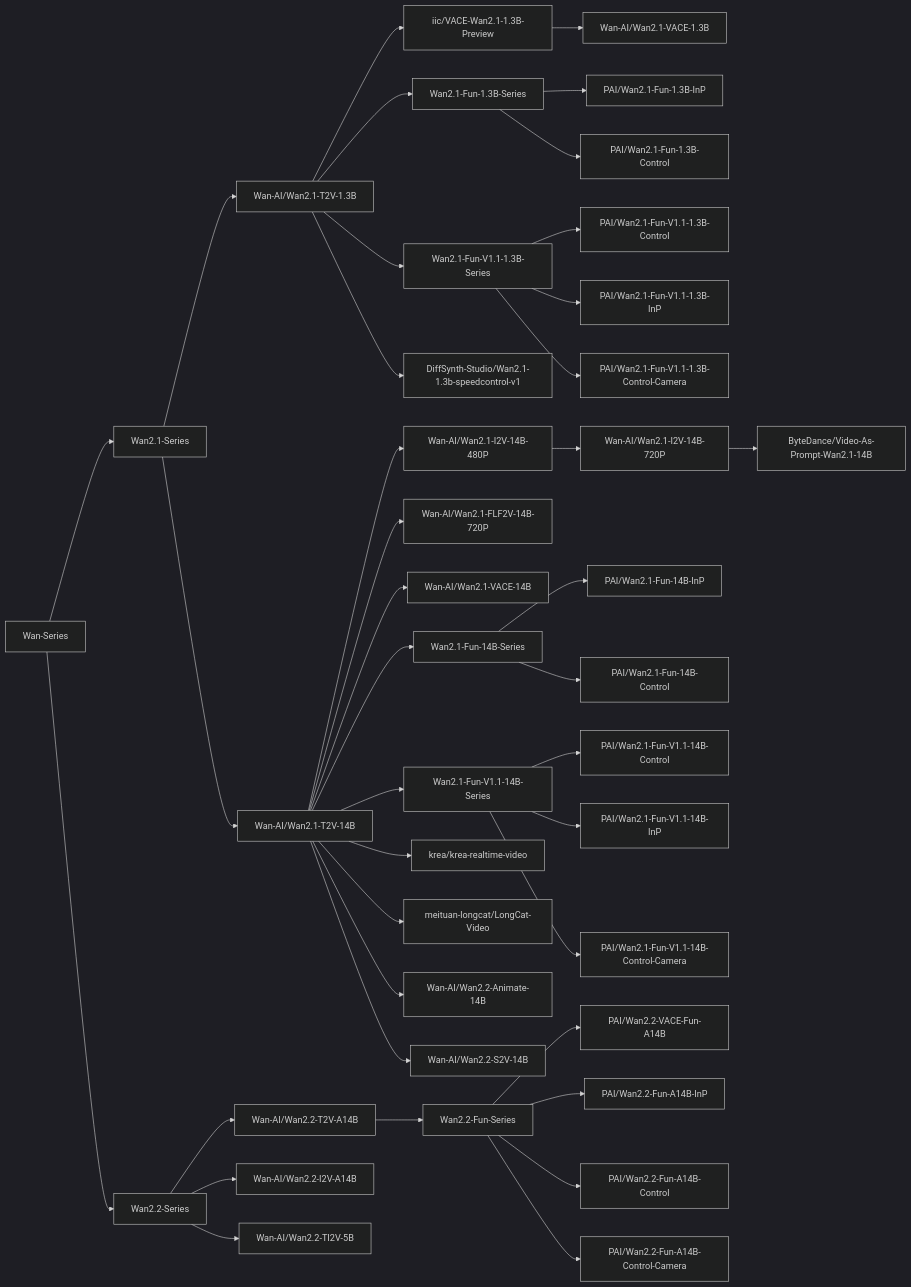
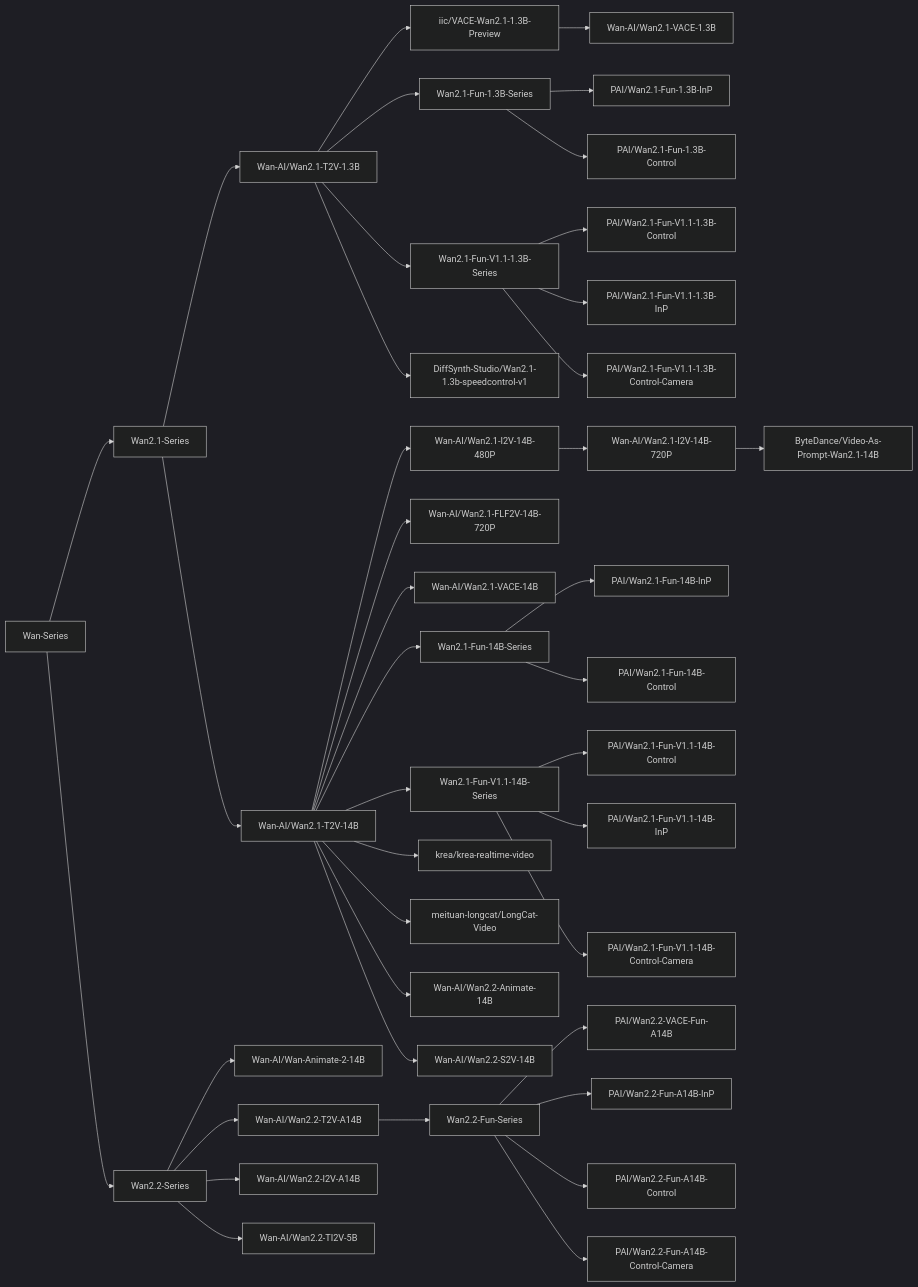
One commit to modelscope/DiffSynth-Studio changed the diagram in docs/zh/Model_Details/Wan.md. Above: the diagram before and after it, drawn with Mermaid (dark theme). The commit also changed other lines of this file and 3 other files, not shown here.

Commit message:
Wan-Animate-2-14B docs

````diff
--- a/docs/zh/Model_Details/Wan.md
+++ b/docs/zh/Model_Details/Wan.md
@@ -64,41 +64,42 @@
 ```mermaid
 graph LR;
     Wan-Series-->Wan2.1-Series;
     Wan-Series-->Wan2.2-Series;
     Wan2.1-Series-->Wan-AI/Wan2.1-T2V-1.3B;
     Wan2.1-Series-->Wan-AI/Wan2.1-T2V-14B;
     Wan-AI/Wan2.1-T2V-14B-->Wan-AI/Wan2.1-I2V-14B-480P;
     Wan-AI/Wan2.1-I2V-14B-480P-->Wan-AI/Wan2.1-I2V-14B-720P;
     Wan-AI/Wan2.1-T2V-14B-->Wan-AI/Wan2.1-FLF2V-14B-720P;
     Wan-AI/Wan2.1-T2V-1.3B-->iic/VACE-Wan2.1-1.3B-Preview;
     iic/VACE-Wan2.1-1.3B-Preview-->Wan-AI/Wan2.1-VACE-1.3B;
     Wan-AI/Wan2.1-T2V-14B-->Wan-AI/Wan2.1-VACE-14B;
     Wan-AI/Wan2.1-T2V-1.3B-->Wan2.1-Fun-1.3B-Series;
     Wan2.1-Fun-1.3B-Series-->PAI/Wan2.1-Fun-1.3B-InP;
     Wan2.1-Fun-1.3B-Series-->PAI/Wan2.1-Fun-1.3B-Control;
     Wan-AI/Wan2.1-T2V-14B-->Wan2.1-Fun-14B-Series;
     Wan2.1-Fun-14B-Series-->PAI/Wan2.1-Fun-14B-InP;
     Wan2.1-Fun-14B-Series-->PAI/Wan2.1-Fun-14B-Control;
     Wan-AI/Wan2.1-T2V-1.3B-->Wan2.1-Fun-V1.1-1.3B-Series;
     Wan2.1-Fun-V1.1-1.3B-Series-->PAI/Wan2.1-Fun-V1.1-1.3B-Control;
     Wan2.1-Fun-V1.1-1.3B-Series-->PAI/Wan2.1-Fun-V1.1-1.3B-InP;
     Wan2.1-Fun-V1.1-1.3B-Series-->PAI/Wan2.1-Fun-V1.1-1.3B-Control-Camera;
     Wan-AI/Wan2.1-T2V-14B-->Wan2.1-Fun-V1.1-14B-Series;
     Wan2.1-Fun-V1.1-14B-Series-->PAI/Wan2.1-Fun-V1.1-14B-Control;
     Wan2.1-Fun-V1.1-14B-Series-->PAI/Wan2.1-Fun-V1.1-14B-InP;
     Wan2.1-Fun-V1.1-14B-Series-->PAI/Wan2.1-Fun-V1.1-14B-Control-Camera;
     Wan-AI/Wan2.1-T2V-1.3B-->DiffSynth-Studio/Wan2.1-1.3b-speedcontrol-v1;
     Wan-AI/Wan2.1-T2V-14B-->krea/krea-realtime-video;
     Wan-AI/Wan2.1-T2V-14B-->meituan-longcat/LongCat-Video;
     Wan-AI/Wan2.1-I2V-14B-720P-->ByteDance/Video-As-Prompt-Wan2.1-14B;
     Wan-AI/Wan2.1-T2V-14B-->Wan-AI/Wan2.2-Animate-14B;
+    Wan2.2-Series-->Wan-AI/Wan-Animate-2-14B;
     Wan-AI/Wan2.1-T2V-14B-->Wan-AI/Wan2.2-S2V-14B;
     Wan2.2-Series-->Wan-AI/Wan2.2-T2V-A14B;
     Wan2.2-Series-->Wan-AI/Wan2.2-I2V-A14B;
     Wan2.2-Series-->Wan-AI/Wan2.2-TI2V-5B;
     Wan-AI/Wan2.2-T2V-A14B-->Wan2.2-Fun-Series;
     Wan2.2-Fun-Series-->PAI/Wan2.2-VACE-Fun-A14B;
     Wan2.2-Fun-Series-->PAI/Wan2.2-Fun-A14B-InP;
     Wan2.2-Fun-Series-->PAI/Wan2.2-Fun-A14B-Control;
     Wan2.2-Fun-Series-->PAI/Wan2.2-Fun-A14B-Control-Camera;
 ```
````
